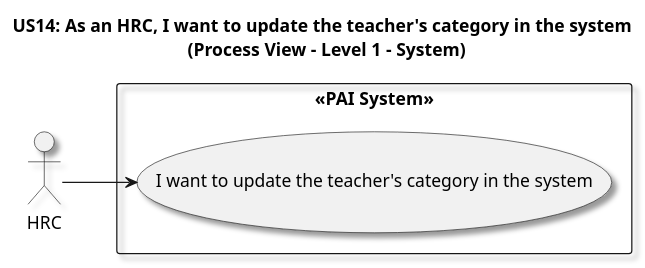
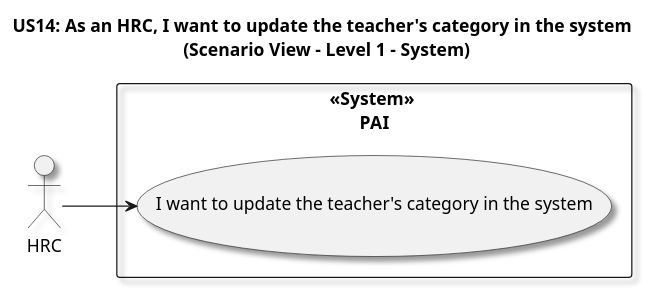
Before and after one commit to GasparISEP/DevOps-PAI: the diagram in docs/US14/Sprint7_RestAPI/ScenarioView/Level1.puml, drawn with PlantUML. The commit also changed 3 other files, not shown here.

Commit message:
docs (scenarioView): minor adjustments to Level 1, 2 and 3 for updateTeacherCategory #675 #678

```diff
--- a/docs/US14/Sprint7_RestAPI/ScenarioView/Level1.puml
+++ b/docs/US14/Sprint7_RestAPI/ScenarioView/Level1.puml
@@ -1,19 +1,19 @@
 @startuml
 
-title US14: As an HRC, I want to update the teacher's category in the system \n (Process View - Level 1 - System)
+title US14: As an HRC, I want to update the teacher's category in the system \n (Scenario View - Level 1 - System)
 
 skinparam defaultTextAlignment center
 skinparam shadowing true
 
 left to right direction
 skinparam packageStyle rectangle
 
 actor "HRC" as admin
 
-rectangle "<<PAI System>>" {
+rectangle "<<System>> \n PAI " {
     usecase "I want to update the teacher's category in the system" as UC01
 }
 
 admin --> UC01
 
 @enduml
```
